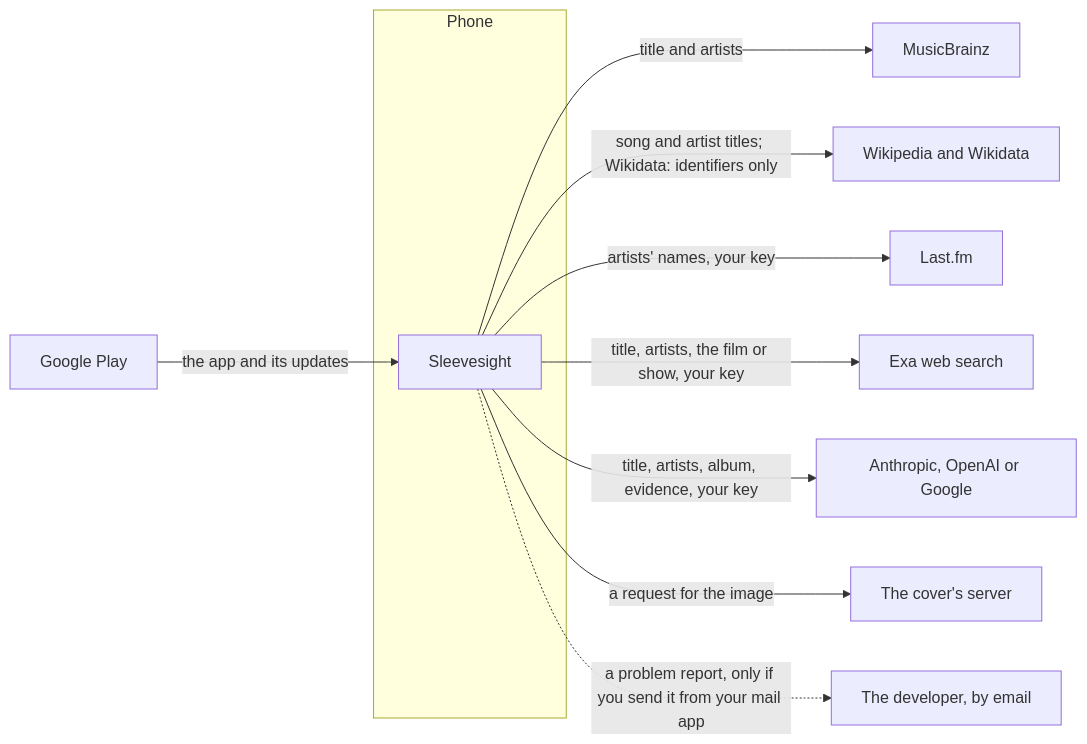
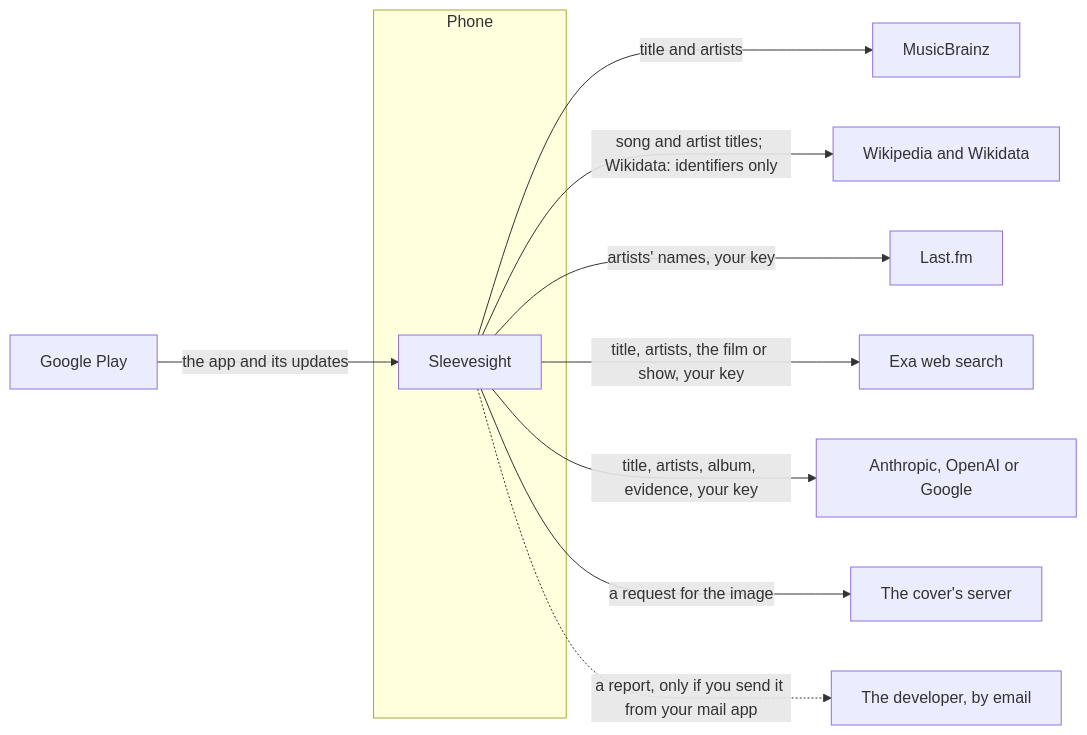
Before and after one commit to wkusnierczyk/sleevesight: the second of 3 diagrams in docs/architecture/index.md, drawn with Mermaid. The commit also changed other lines of this file and 34 other files, not shown here.

First line of the commit message:
[FEATURE] Test build: a report button that collects the app's state for the tester to review and send (#512)

````diff
--- a/docs/architecture/index.md
+++ b/docs/architecture/index.md
@@ -84,14 +84,14 @@
 ```mermaid
 flowchart LR
   subgraph Phone
     App["Sleevesight"]
   end
   App -- "title and artists" --> MB["MusicBrainz"]
   App -- "song and artist titles; Wikidata: identifiers only" --> WP["Wikipedia and Wikidata"]
   App -- "artists' names, your key" --> LFM["Last.fm"]
   App -- "title, artists, the film or show, your key" --> Exa["Exa web search"]
   App -- "title, artists, album, evidence, your key" --> AI["Anthropic, OpenAI or Google"]
   App -- "a request for the image" --> Art["The cover's server"]
-  App -. "a problem report, only if you send it from your mail app" .-> Dev["The developer, by email"]
+  App -. "a report, only if you send it from your mail app" .-> Dev["The developer, by email"]
   Play["Google Play"] -- "the app and its updates" --> App
 ```
````
